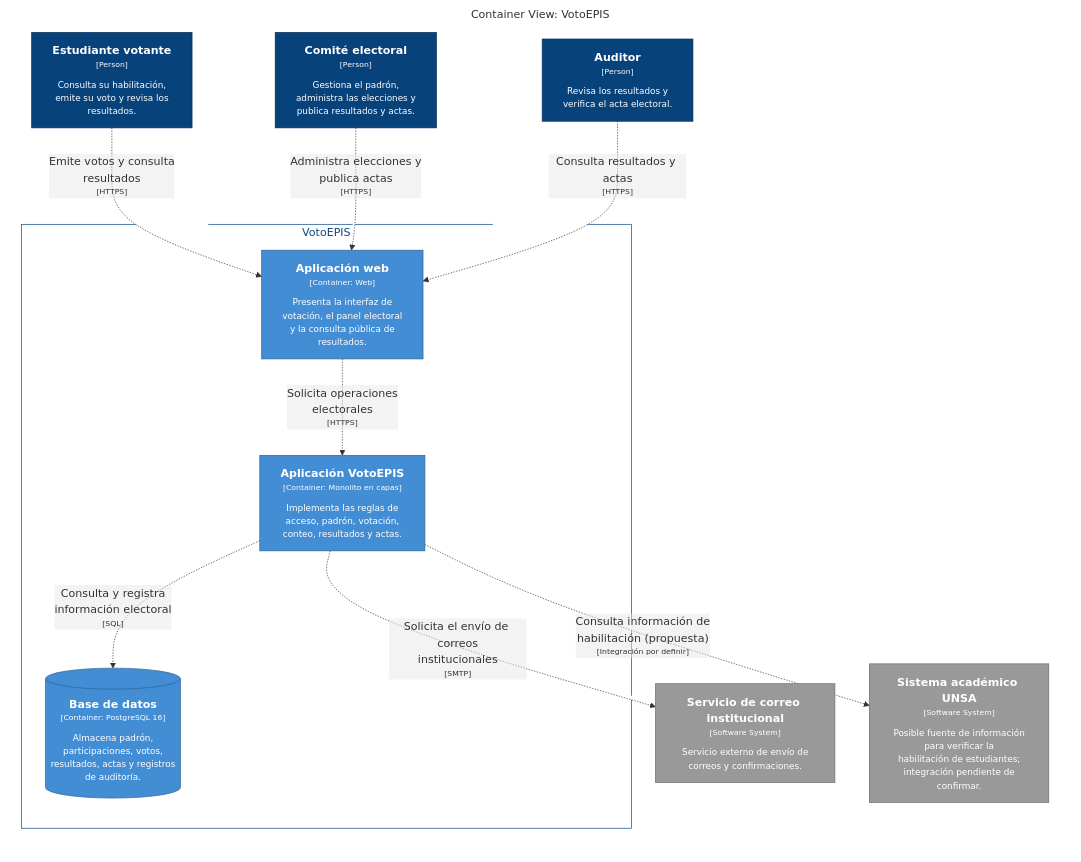
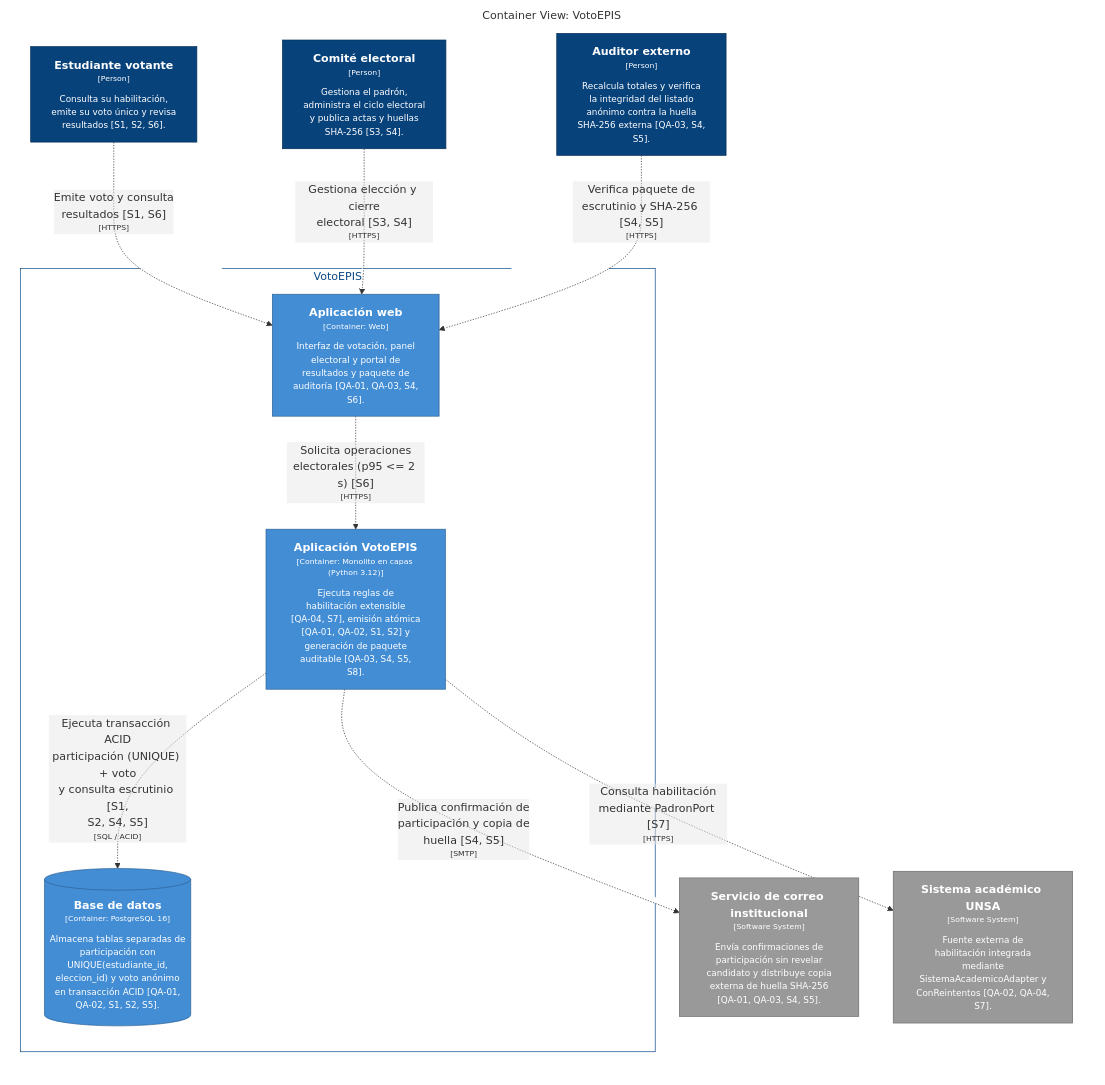
Before and after one commit to JoseMorocco/cs-2026b-lab04-grupo-b-votoepis: the diagram in docs/architecture/c4/export/structurizr-Contenedores.mmd, drawn with Mermaid. The commit also changed 23 other files, not shown here.

```diff
--- a/docs/architecture/c4/export/structurizr-Contenedores.mmd
+++ b/docs/architecture/c4/export/structurizr-Contenedores.mmd
@@ -1,37 +1,37 @@
 graph LR
   linkStyle default fill:#ffffff
 
   subgraph diagram ["Container View: VotoEPIS"]
     style diagram fill:#ffffff,stroke:#ffffff
 
-    1["<div style='font-weight: bold'>Estudiante votante</div><div style='font-size: 70%; margin-top: 0px'>[Person]</div><div style='font-size: 80%; margin-top:10px'>Consulta su habilitación,<br />emite su voto y revisa los<br />resultados.</div>"]
+    1["<div style='font-weight: bold'>Estudiante votante</div><div style='font-size: 70%; margin-top: 0px'>[Person]</div><div style='font-size: 80%; margin-top:10px'>Consulta su habilitación,<br />emite su voto único y revisa<br />resultados [S1, S2, S6].</div>"]
     style 1 fill:#08427b,stroke:#052e56,color:#ffffff
-    2["<div style='font-weight: bold'>Comité electoral</div><div style='font-size: 70%; margin-top: 0px'>[Person]</div><div style='font-size: 80%; margin-top:10px'>Gestiona el padrón,<br />administra las elecciones y<br />publica resultados y actas.</div>"]
+    2["<div style='font-weight: bold'>Comité electoral</div><div style='font-size: 70%; margin-top: 0px'>[Person]</div><div style='font-size: 80%; margin-top:10px'>Gestiona el padrón,<br />administra el ciclo electoral<br />y publica actas y huellas<br />SHA-256 [S3, S4].</div>"]
     style 2 fill:#08427b,stroke:#052e56,color:#ffffff
-    3["<div style='font-weight: bold'>Auditor</div><div style='font-size: 70%; margin-top: 0px'>[Person]</div><div style='font-size: 80%; margin-top:10px'>Revisa los resultados y<br />verifica el acta electoral.</div>"]
+    3["<div style='font-weight: bold'>Auditor externo</div><div style='font-size: 70%; margin-top: 0px'>[Person]</div><div style='font-size: 80%; margin-top:10px'>Recalcula totales y verifica<br />la integridad del listado<br />anónimo contra la huella<br />SHA-256 externa [QA-03, S4,<br />S5].</div>"]
     style 3 fill:#08427b,stroke:#052e56,color:#ffffff
-    13["<div style='font-weight: bold'>Servicio de correo institucional</div><div style='font-size: 70%; margin-top: 0px'>[Software System]</div><div style='font-size: 80%; margin-top:10px'>Servicio externo de envío de<br />correos y confirmaciones.</div>"]
+    13["<div style='font-weight: bold'>Servicio de correo institucional</div><div style='font-size: 70%; margin-top: 0px'>[Software System]</div><div style='font-size: 80%; margin-top:10px'>Envía confirmaciones de<br />participación sin revelar<br />candidato y distribuye copia<br />externa de huella SHA-256<br />[QA-01, QA-03, S4, S5].</div>"]
     style 13 fill:#999999,stroke:#6b6b6b,color:#ffffff
-    14["<div style='font-weight: bold'>Sistema académico UNSA</div><div style='font-size: 70%; margin-top: 0px'>[Software System]</div><div style='font-size: 80%; margin-top:10px'>Posible fuente de información<br />para verificar la<br />habilitación de estudiantes;<br />integración pendiente de<br />confirmar.</div>"]
+    14["<div style='font-weight: bold'>Sistema académico UNSA</div><div style='font-size: 70%; margin-top: 0px'>[Software System]</div><div style='font-size: 80%; margin-top:10px'>Fuente externa de<br />habilitación integrada<br />mediante<br />SistemaAcademicoAdapter y<br />ConReintentos [QA-02, QA-04,<br />S7].</div>"]
     style 14 fill:#999999,stroke:#6b6b6b,color:#ffffff
 
     subgraph 4 ["VotoEPIS"]
       style 4 fill:#ffffff,stroke:#0b4884,color:#0b4884
 
-      12[("<div style='font-weight: bold'>Base de datos</div><div style='font-size: 70%; margin-top: 0px'>[Container: PostgreSQL 16]</div><div style='font-size: 80%; margin-top:10px'>Almacena padrón,<br />participaciones, votos,<br />resultados, actas y registros<br />de auditoría.</div>")]
+      12[("<div style='font-weight: bold'>Base de datos</div><div style='font-size: 70%; margin-top: 0px'>[Container: PostgreSQL 16]</div><div style='font-size: 80%; margin-top:10px'>Almacena tablas separadas de<br />participación con<br />UNIQUE(estudiante_id,<br />eleccion_id) y voto anónimo<br />en transacción ACID [QA-01,<br />QA-02, S1, S2, S5].</div>")]
       style 12 fill:#438dd5,stroke:#2e6295,color:#ffffff
-      5["<div style='font-weight: bold'>Aplicación web</div><div style='font-size: 70%; margin-top: 0px'>[Container: Web]</div><div style='font-size: 80%; margin-top:10px'>Presenta la interfaz de<br />votación, el panel electoral<br />y la consulta pública de<br />resultados.</div>"]
+      5["<div style='font-weight: bold'>Aplicación web</div><div style='font-size: 70%; margin-top: 0px'>[Container: Web]</div><div style='font-size: 80%; margin-top:10px'>Interfaz de votación, panel<br />electoral y portal de<br />resultados y paquete de<br />auditoría [QA-01, QA-03, S4,<br />S6].</div>"]
       style 5 fill:#438dd5,stroke:#2e6295,color:#ffffff
-      6["<div style='font-weight: bold'>Aplicación VotoEPIS</div><div style='font-size: 70%; margin-top: 0px'>[Container: Monolito en capas]</div><div style='font-size: 80%; margin-top:10px'>Implementa las reglas de<br />acceso, padrón, votación,<br />conteo, resultados y actas.</div>"]
+      6["<div style='font-weight: bold'>Aplicación VotoEPIS</div><div style='font-size: 70%; margin-top: 0px'>[Container: Monolito en capas (Python 3.12)]</div><div style='font-size: 80%; margin-top:10px'>Ejecuta reglas de<br />habilitación extensible<br />[QA-04, S7], emisión atómica<br />[QA-01, QA-02, S1, S2] y<br />generación de paquete<br />auditable [QA-03, S4, S5,<br />S8].</div>"]
       style 6 fill:#438dd5,stroke:#2e6295,color:#ffffff
     end
 
-    1-. "<div>Emite votos y consulta<br />resultados</div><div style='font-size: 70%'>[HTTPS]</div>" .->5
-    2-. "<div>Administra elecciones y<br />publica actas</div><div style='font-size: 70%'>[HTTPS]</div>" .->5
-    3-. "<div>Consulta resultados y actas</div><div style='font-size: 70%'>[HTTPS]</div>" .->5
-    5-. "<div>Solicita operaciones<br />electorales</div><div style='font-size: 70%'>[HTTPS]</div>" .->6
-    6-. "<div>Consulta y registra<br />información electoral</div><div style='font-size: 70%'>[SQL]</div>" .->12
-    6-. "<div>Solicita el envío de correos<br />institucionales</div><div style='font-size: 70%'>[SMTP]</div>" .->13
-    6-. "<div>Consulta información de<br />habilitación (propuesta)</div><div style='font-size: 70%'>[Integración por definir]</div>" .->14
+    1-. "<div>Emite voto y consulta<br />resultados [S1, S6]</div><div style='font-size: 70%'>[HTTPS]</div>" .->5
+    2-. "<div>Gestiona elección y cierre<br />electoral [S3, S4]</div><div style='font-size: 70%'>[HTTPS]</div>" .->5
+    3-. "<div>Verifica paquete de<br />escrutinio y SHA-256 [S4, S5]</div><div style='font-size: 70%'>[HTTPS]</div>" .->5
+    5-. "<div>Solicita operaciones<br />electorales (p95 <= 2 s) [S6]</div><div style='font-size: 70%'>[HTTPS]</div>" .->6
+    6-. "<div>Ejecuta transacción ACID<br />participación (UNIQUE) + voto<br />y consulta escrutinio [S1,<br />S2, S4, S5]</div><div style='font-size: 70%'>[SQL / ACID]</div>" .->12
+    6-. "<div>Publica confirmación de<br />participación y copia de<br />huella [S4, S5]</div><div style='font-size: 70%'>[SMTP]</div>" .->13
+    6-. "<div>Consulta habilitación<br />mediante PadronPort [S7]</div><div style='font-size: 70%'>[HTTPS]</div>" .->14
 
   end
```
